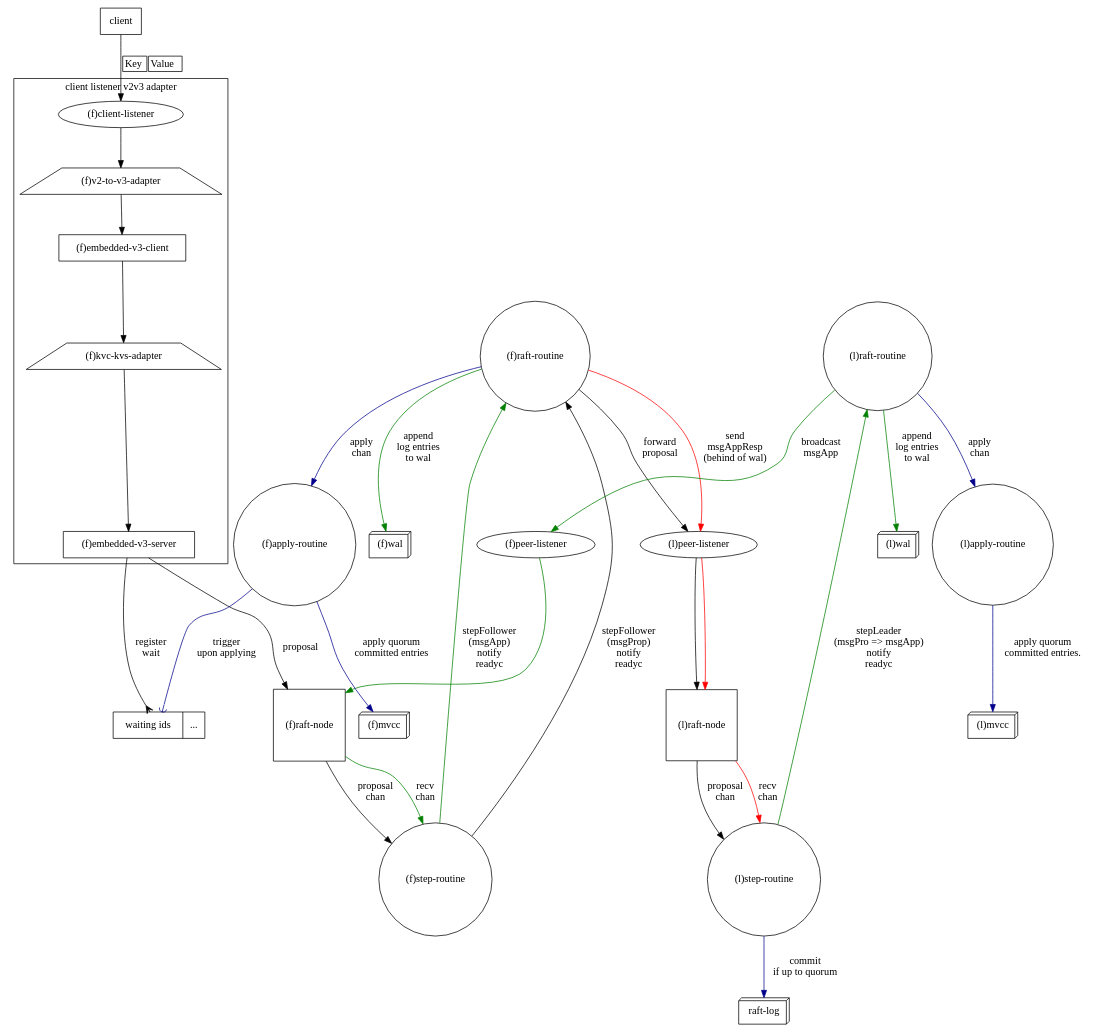
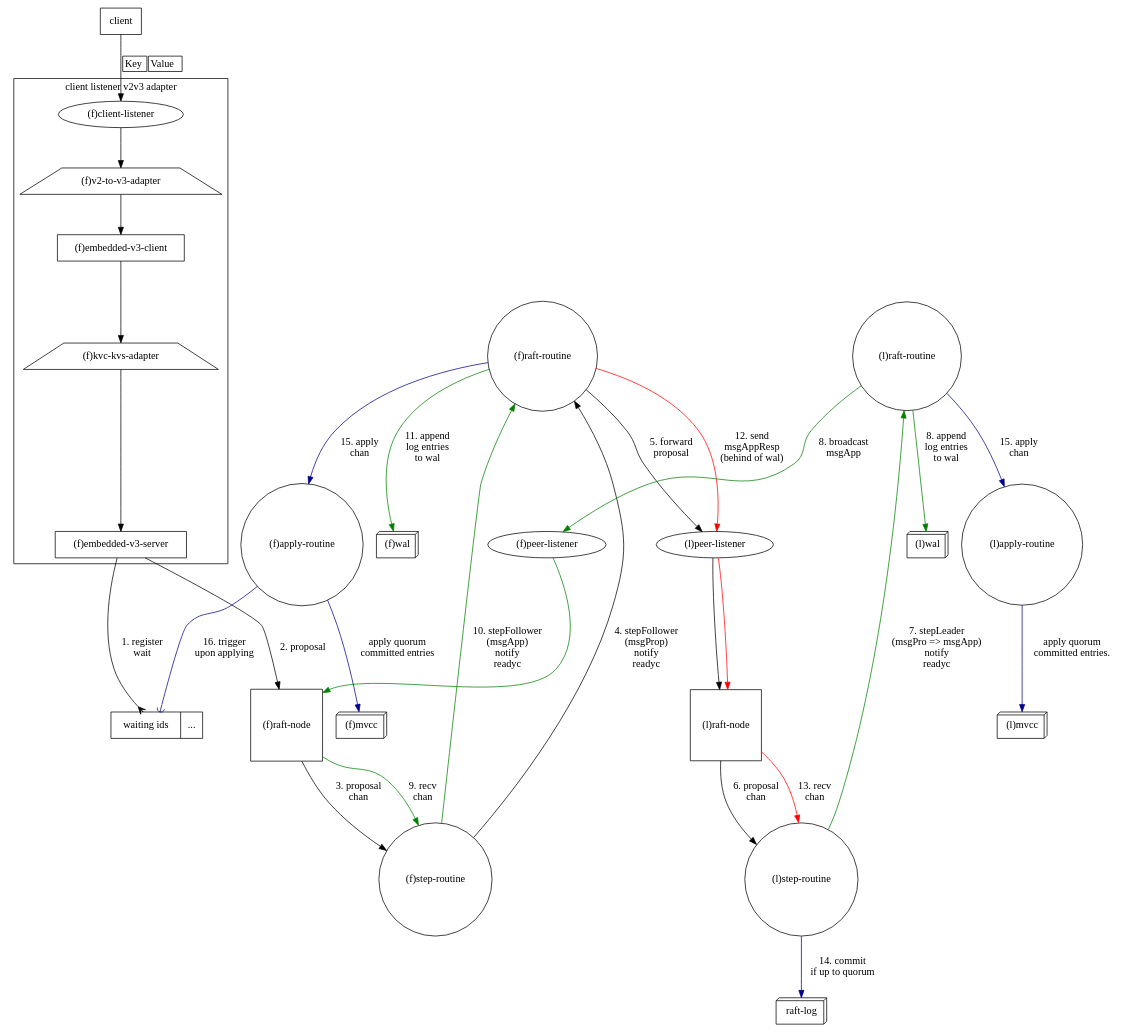
The diagram in etcd/images/follower-put.gv (lcybo/notes), drawn with Graphviz before and after one commit. The commit also changed 2 other files, not shown here.

```diff
--- a/etcd/images/follower-put.gv
+++ b/etcd/images/follower-put.gv
@@ -1,67 +1,67 @@
 digraph "V3_put_to_follower" {
   ranksep=0.75
   subgraph "cluster_client_listener" {
     label="client listener v2v3 adapter"
     fcl -> fv2v3 -> fv3client -> fcsa -> fv3server
   }
   // verteces 
   // (f) stand for follower; (l) stand for leader; 
   client [shape=box]
   fcl [shape=ellipse label="(f)client-listener"]
   fv2v3 [shape=trapezium style=default label="(f)v2-to-v3-adapter"]
   fv3client [shape=box label="(f)embedded-v3-client"]
   fcsa [shape=trapezium style=default label="(f)kvc-kvs-adapter"]
   fv3server [shape=box label="(f)embedded-v3-server"]
   pendings [shape=record label="<f1>waiting ids|<f2>..."]
   fraft [shape=square label="(f)raft-node"]
   fstepr [shape=circle label="(f)step-routine"]
   fraftr [shape=circle label="(f)raft-routine"]
   fpl [shape=ellipse label="(f)peer-listener"]
   lpl [shape=ellipse label="(l)peer-listener"]
   lraft [shape=square label="(l)raft-node"]
   lstepr [shape=circle label="(l)step-routine"]
   lraftr [shape=circle label="(l)raft-routine"]
   fwal [shape=box3d label="(f)wal"]
   lwal [shape=box3d label="(l)wal"]
   fmvcc [shape=box3d label="(f)mvcc"]
   lmvcc [shape=box3d label="(l)mvcc"]
   fappr [shape=circle label="(f)apply-routine"]
   lappr [shape=circle label="(l)apply-routine"]
   committed [shape=box3d label="raft-log"]
 
   //edges
   client -> fcl [label=<<TABLE border="0" cellborder="1"><TR><TD>Key</TD><TD>Value</TD></TR></TABLE>>]
   //fcl -> fv2v3 -> fv3client -> fcsa -> fv3server
-  fv3server -> fraft [label="proposal"] 
-  fv3server -> pendings [arrowhead=crow label="register\nwait"]
-  fraft -> fstepr [label="proposal\nchan"]
-  fstepr -> fraftr [label="stepFollower\n(msgProp)\nnotify\nreadyc"]
-  fraft -> fstepr [label="recv\nchan" color=green]
-  fstepr -> fraftr [label="stepFollower\n(msgApp)\nnotify\nreadyc" color=green]
-  fraftr -> fappr [label="apply\nchan" color=blue4]
+  fv3server -> fraft [label="2. proposal"] 
+  fv3server -> pendings [arrowhead=crow label="1. register\nwait"]
+  fraft -> fstepr [label="3. proposal\nchan"]
+  fstepr -> fraftr [label="4. stepFollower\n(msgProp)\nnotify\nreadyc"]
+  fraft -> fstepr [label="9. recv\nchan" color=green]
+  fstepr -> fraftr [label="10. stepFollower\n(msgApp)\nnotify\nreadyc" color=green]
+  fraftr -> fappr [label="15. apply\nchan" color=blue4]
   fappr -> fmvcc [label="apply quorum\ncommitted entries" color=blue4]
-  fraftr -> fwal [label="append\nlog entries\nto wal" color=green]
-  fraftr -> lpl [label="forward\nproposal"]
+  fraftr -> fwal [label="11. append\nlog entries\nto wal" color=green]
+  fraftr -> lpl [label="5. forward\nproposal"]
   lpl -> lraft
-  lraft -> lstepr  [label="proposal\nchan"]
-  lstepr -> lraftr [label="stepLeader\n(msgPro => msgApp)\nnotify\nreadyc" color=green]
-  lraftr -> fpl [label="broadcast\nmsgApp"  color=green]
-  lraftr -> lappr [label="apply\nchan" color=blue4]
+  lraft -> lstepr  [label="6. proposal\nchan"]
+  lstepr -> lraftr [label="7. stepLeader\n(msgPro => msgApp)\nnotify\nreadyc" color=green]
+  lraftr -> fpl [label="8. broadcast\nmsgApp"  color=green]
+  lraftr -> lappr [label="15. apply\nchan" color=blue4]
   lappr -> lmvcc [label="apply quorum\ncommitted entries." color=blue4]
-  lraftr -> lwal [label="append\nlog entries\nto wal" color=green]
+  lraftr -> lwal [label="8. append\nlog entries\nto wal" color=green]
   fpl -> fraft [color=green]
-  fraftr -> lpl [label="send\nmsgAppResp\n(behind of wal)" color=red]
+  fraftr -> lpl [label="12. send\nmsgAppResp\n(behind of wal)" color=red]
   lpl -> lraft [color=red]
-  lraft -> lstepr [label="recv\nchan" color=red]
-  lstepr -> committed [label="commit\nif up to quorum"  color=blue4]
-  fappr -> pendings [arrowhead=curve label="trigger\nupon applying" color=blue4]
+  lraft -> lstepr [label="13. recv\nchan" color=red]
+  lstepr -> committed [label="14. commit\nif up to quorum"  color=blue4]
+  fappr -> pendings [arrowhead=curve label="16. trigger\nupon applying" color=blue4]
 
   { rank = same; "fpl" -> "lpl"[style=invis]}
   { rank = same; "fraft"; "lraft"; }
   { rank = same; "fstepr"; "lstepr"; }
   { rank = same; "fraftr"; "lraftr"; }
   { rank = same; "fappr"; "lappr"; }
   { rank = same; "fmvcc"; "lmvcc"; }
   { rank = same; "fwal"; "lwal"; }
 
 } 
```
